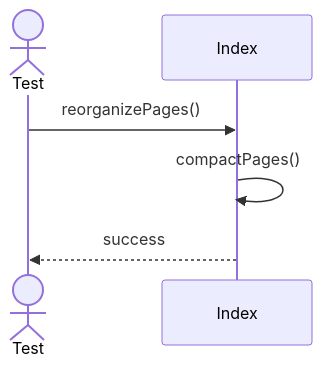
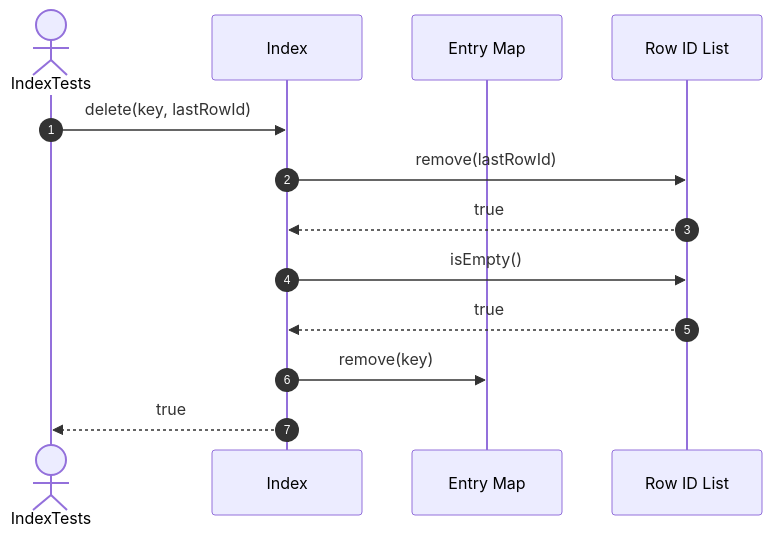
Diagram 11 of 15 in src/tests/unit/metadata/sequences/indexs-testing.se.md (FhuAnn/-bbv-AN-s-DBMS), drawn with Mermaid before and after one commit. The commit also changed other lines of this file and 60 other files, not shown here.

Commit message:
refactor data table, row, column, constraint, index test file

````diff
--- a/src/tests/unit/metadata/sequences/indexs-testing.se.md
+++ b/src/tests/unit/metadata/sequences/indexs-testing.se.md
@@ -293,9 +180,16 @@
 ```mermaid
 sequenceDiagram
-actor Test
-participant Index
+    autonumber
+    actor Test as IndexTests
+    participant Index as Index
+    participant Entries as Entry Map
+    participant RowIds as Row ID List
 
-Test->>Index: reorganizePages()
-Index->>Index: compactPages()
-Index-->>Test: success
+    Test->>Index: delete(key, lastRowId)
+    Index->>RowIds: remove(lastRowId)
+    RowIds-->>Index: true
+    Index->>RowIds: isEmpty()
+    RowIds-->>Index: true
+    Index->>Entries: remove(key)
+    Index-->>Test: true
 ```
````
